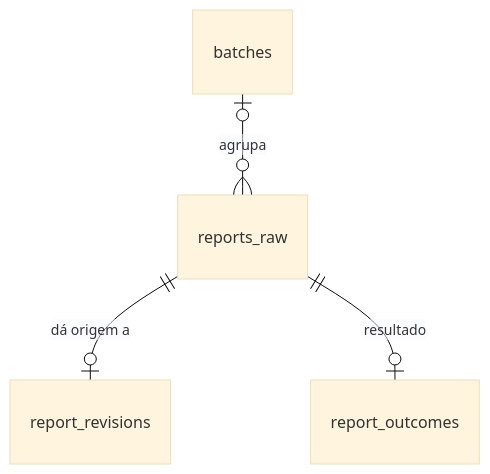
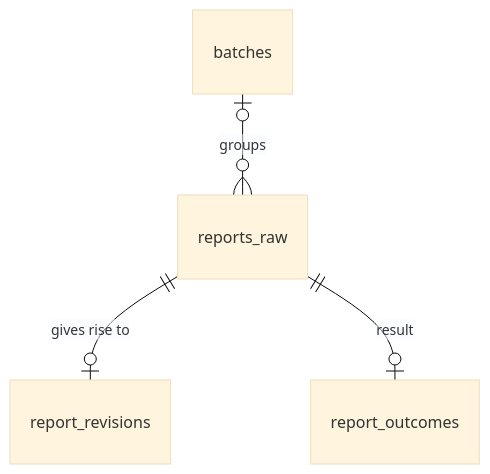
Before and after one commit to denysbp/Railtrace: the ninth of 17 diagrams in docs/schema.md, drawn with Mermaid (base theme). The commit also changed other lines of this file and 64 other files, not shown here.

````diff
--- a/docs/schema.md
+++ b/docs/schema.md
@@ -282,6 +282,6 @@
 ```mermaid
 erDiagram
-    batches |o--o{ reports_raw : "agrupa"
-    reports_raw ||--o| report_revisions : "dá origem a"
-    reports_raw ||--o| report_outcomes : "resultado"
+    batches |o--o{ reports_raw : "groups"
+    reports_raw ||--o| report_revisions : "gives rise to"
+    reports_raw ||--o| report_outcomes : "result"
 ```
````
